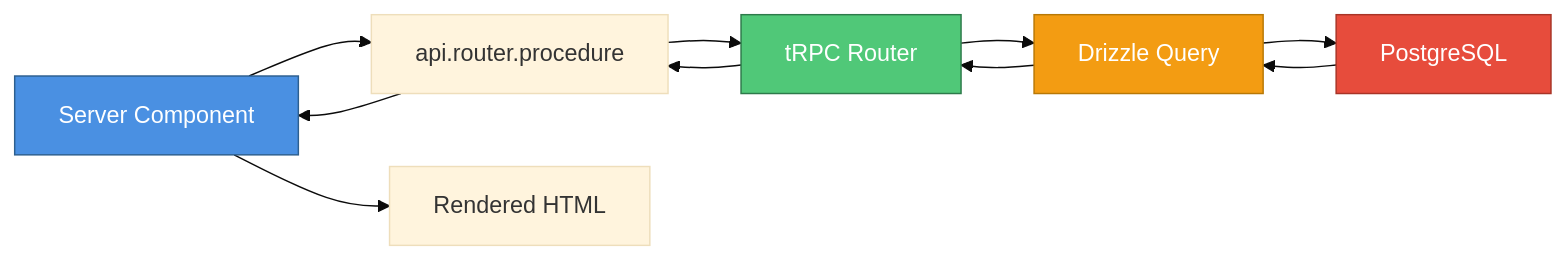
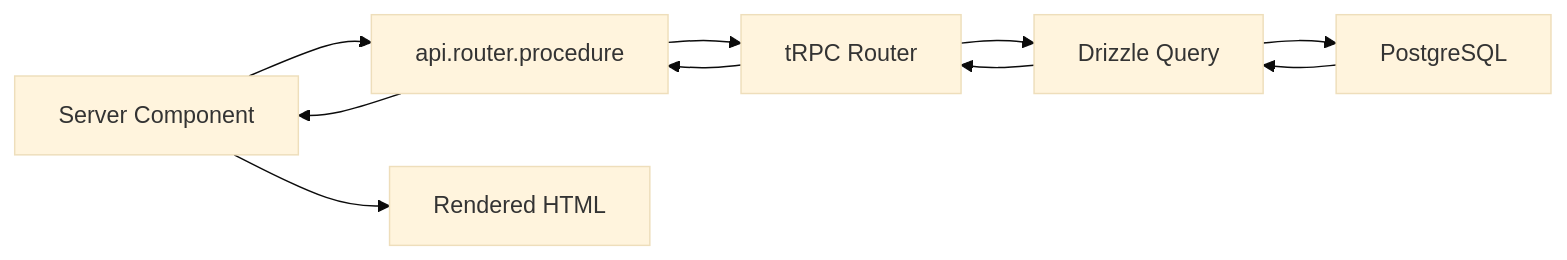
Before and after one commit to rayzru/info-web: the first of 2 diagrams in ARCHITECTURE.md, drawn with Mermaid (base theme). The commit also changed other lines of this file and 85 other files, not shown here.

````diff
--- a/ARCHITECTURE.md
+++ b/ARCHITECTURE.md
@@ -94,17 +315,9 @@
 ```mermaid
 graph LR
     A[Server Component] --> B[api.router.procedure]
     B --> C[tRPC Router]
     C --> D[Drizzle Query]
     D --> E[PostgreSQL]
-    E --> D
-    D --> C
-    C --> B
-    B --> A
+    E --> D --> C --> B --> A
     A --> F[Rendered HTML]
-
-    style A fill:#4a90e2,stroke:#2d5f8f,color:#fff
-    style C fill:#50c878,stroke:#2d7a4a,color:#fff
-    style D fill:#f39c12,stroke:#b87805,color:#fff
-    style E fill:#e74c3c,stroke:#a83426,color:#fff
 ```
````
